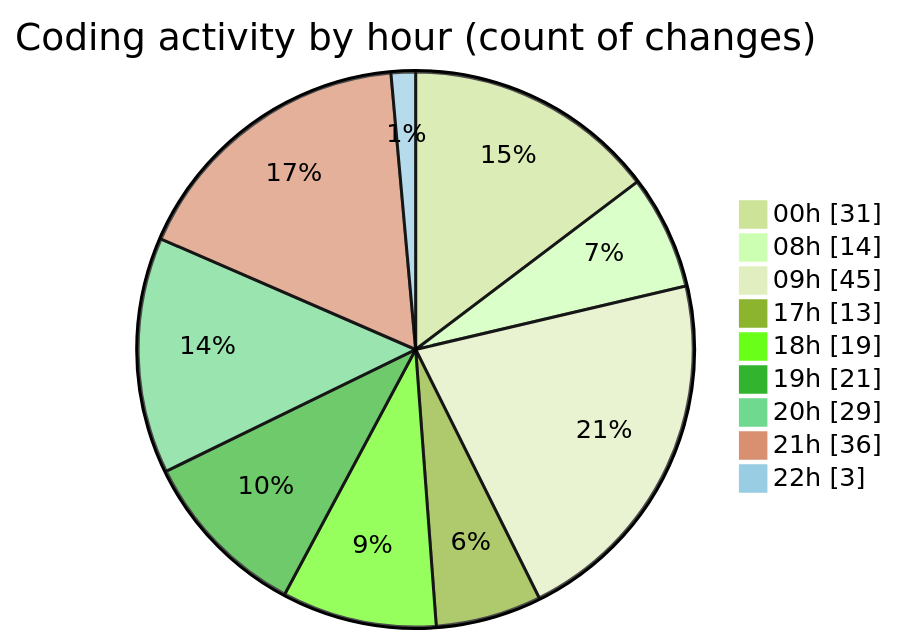
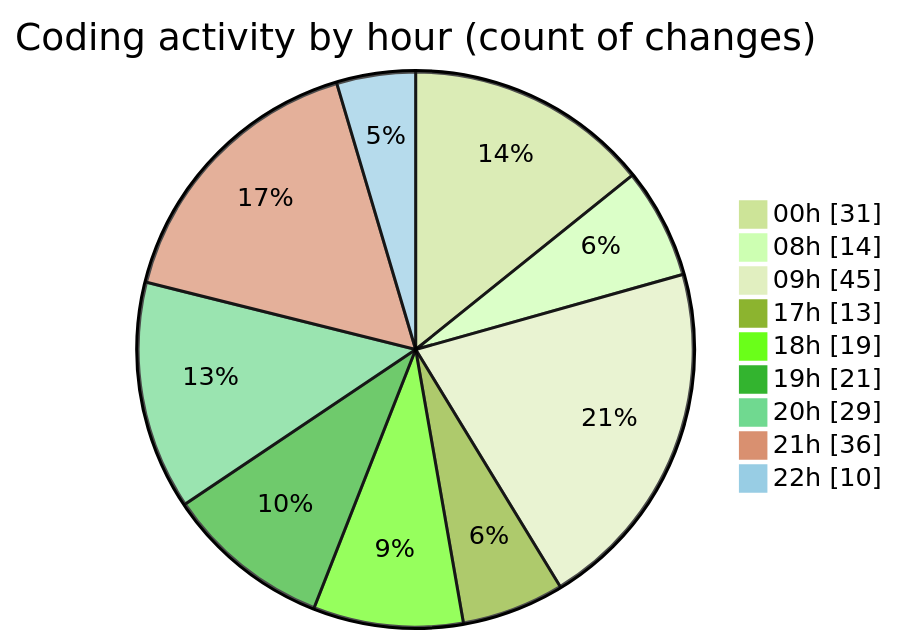
Before and after one commit to lephambinh05/code-tracking: the second of 2 diagrams in 2025-08-03/studybuddy/README.md, drawn with Mermaid (forest theme). The commit also changed other lines of this file and 1 other file, not shown here.

````diff
--- a/2025-08-03/studybuddy/README.md
+++ b/2025-08-03/studybuddy/README.md
@@ -102,13 +103,13 @@
 ```mermaid
 pie showData
 title Coding activity by hour (count of changes)
 "00h" : 31
 "08h" : 14
 "09h" : 45
 "17h" : 13
 "18h" : 19
 "19h" : 21
 "20h" : 29
 "21h" : 36
-"22h" : 3
+"22h" : 10
 ```
````
